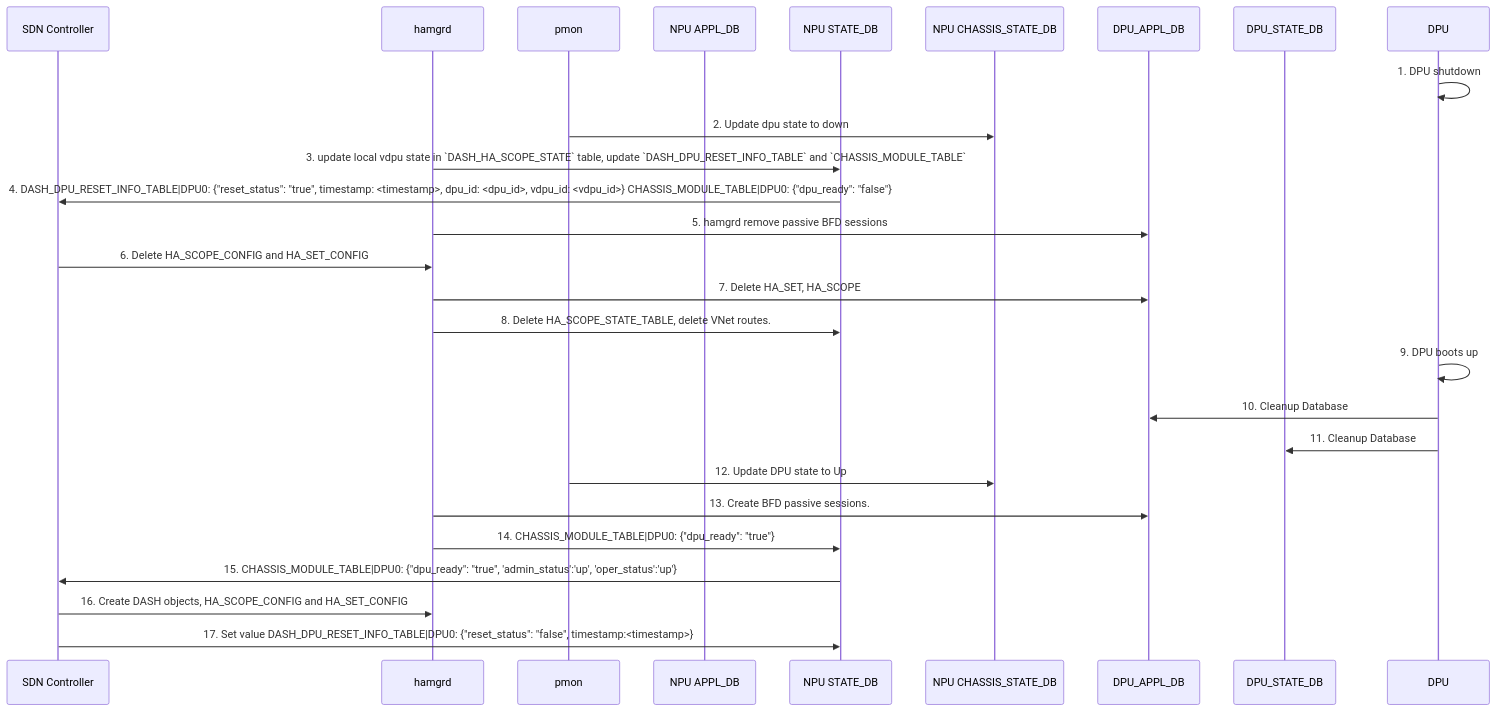
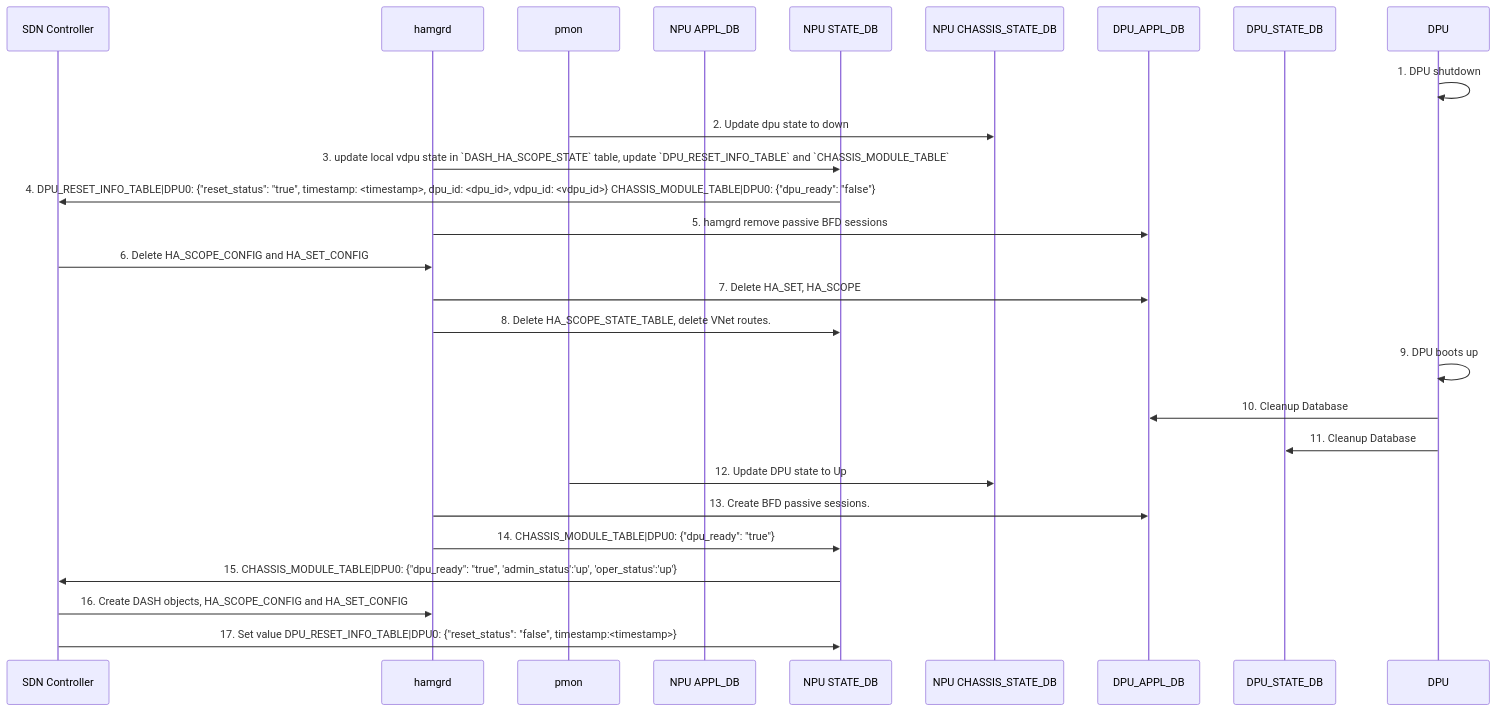
The diagram in doc/smart-switch/high-availability/dpu_reboot.md (sonic-net/SONiC), drawn with Mermaid before and after one commit. The commit also changed other lines of this file, not shown here.

Commit message:
remove dash in the table name

````diff
--- a/doc/smart-switch/high-availability/dpu_reboot.md
+++ b/doc/smart-switch/high-availability/dpu_reboot.md
@@ -36,33 +36,33 @@
 ```mermaid
 sequenceDiagram
     participant SDN Controller
     participant hamgrd
     participant pmon
     participant NPU APPL_DB
     participant NPU STATE_DB
     participant NPU CHASSIS_STATE_DB
     participant DPU_APPL_DB
     participant DPU_STATE_DB
     participant DPU
 
     DPU->>DPU: 1. DPU shutdown
     pmon->>NPU CHASSIS_STATE_DB: 2. Update dpu state to down
-    hamgrd->>NPU STATE_DB: 3. update local vdpu state in `DASH_HA_SCOPE_STATE` table, update `DASH_DPU_RESET_INFO_TABLE` and `CHASSIS_MODULE_TABLE`
-    NPU STATE_DB->>SDN Controller: 4. DASH_DPU_RESET_INFO_TABLE|DPU0: {"reset_status": "true", timestamp: <timestamp>, dpu_id: <dpu_id>, vdpu_id: <vdpu_id>} CHASSIS_MODULE_TABLE|DPU0: {"dpu_ready": "false"}
+    hamgrd->>NPU STATE_DB: 3. update local vdpu state in `DASH_HA_SCOPE_STATE` table, update `DPU_RESET_INFO_TABLE` and `CHASSIS_MODULE_TABLE`
+    NPU STATE_DB->>SDN Controller: 4. DPU_RESET_INFO_TABLE|DPU0: {"reset_status": "true", timestamp: <timestamp>, dpu_id: <dpu_id>, vdpu_id: <vdpu_id>} CHASSIS_MODULE_TABLE|DPU0: {"dpu_ready": "false"}
     hamgrd->>DPU_APPL_DB: 5. hamgrd remove passive BFD sessions
     SDN Controller->>hamgrd: 6. Delete HA_SCOPE_CONFIG and HA_SET_CONFIG
     hamgrd->>DPU_APPL_DB: 7. Delete HA_SET, HA_SCOPE
     hamgrd->>NPU STATE_DB: 8. Delete HA_SCOPE_STATE_TABLE, delete VNet routes.
     DPU->>DPU: 9. DPU boots up 
     DPU->>DPU_APPL_DB: 10. Cleanup Database
     DPU->>DPU_STATE_DB: 11. Cleanup Database
     pmon->>NPU CHASSIS_STATE_DB: 12. Update DPU state to Up
     hamgrd->>DPU_APPL_DB: 13. Create BFD passive sessions. 
     hamgrd->>NPU STATE_DB: 14. CHASSIS_MODULE_TABLE|DPU0: {"dpu_ready": "true"}
 
     NPU STATE_DB->>SDN Controller: 15. CHASSIS_MODULE_TABLE|DPU0: {"dpu_ready": "true", 'admin_status':'up', 'oper_status':'up'} 
 
 
     SDN Controller->>hamgrd: 16. Create DASH objects, HA_SCOPE_CONFIG and HA_SET_CONFIG 
-    SDN Controller->>NPU STATE_DB: 17. Set value DASH_DPU_RESET_INFO_TABLE|DPU0: {"reset_status": "false", timestamp:<timestamp>}
+    SDN Controller->>NPU STATE_DB: 17. Set value DPU_RESET_INFO_TABLE|DPU0: {"reset_status": "false", timestamp:<timestamp>}
 ```
````
